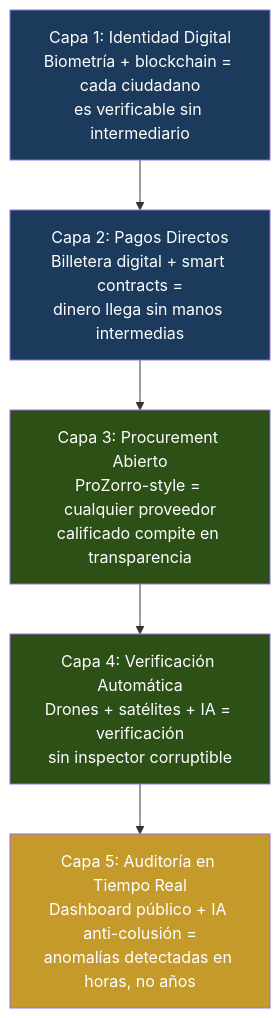
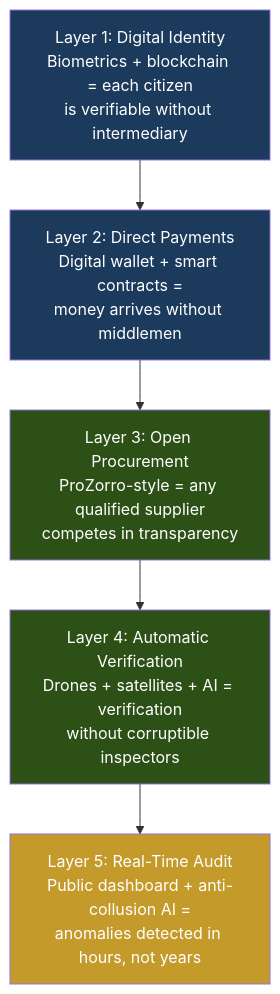
One commit to Venezuela-S-A/venezuela-sa changed the fourth of 4 diagrams in i18n/en/docusaurus-plugin-content-docs/current/04-gobernanza/blindaje-integridad.md. Above: the diagram before and after it, drawn with Mermaid. The commit also changed other lines of this file and 127 other files, not shown here.

````diff
--- a/i18n/en/docusaurus-plugin-content-docs/current/04-gobernanza/blindaje-integridad.md
+++ b/i18n/en/docusaurus-plugin-content-docs/current/04-gobernanza/blindaje-integridad.md
@@ -392,13 +392,13 @@
 ```mermaid
 flowchart TD
-    A["Capa 1: Identidad Digital<br/>Biometría + blockchain = cada ciudadano<br/>es verificable sin intermediario"] --> B["Capa 2: Pagos Directos<br/>Billetera digital + smart contracts =<br/>dinero llega sin manos intermedias"]
-    B --> C["Capa 3: Procurement Abierto<br/>ProZorro-style = cualquier proveedor<br/>calificado compite en transparencia"]
-    C --> D["Capa 4: Verificación Automática<br/>Drones + satélites + IA = verificación<br/>sin inspector corruptible"]
-    D --> E["Capa 5: Auditoría en Tiempo Real<br/>Dashboard público + IA anti-colusión =<br/>anomalías detectadas en horas, no años"]
+    A["Layer 1: Digital Identity<br/>Biometrics + blockchain = each citizen<br/>is verifiable without intermediary"] --> B["Layer 2: Direct Payments<br/>Digital wallet + smart contracts =<br/>money arrives without middlemen"]
+    B --> C["Layer 3: Open Procurement<br/>ProZorro-style = any qualified supplier<br/>competes in transparency"]
+    C --> D["Layer 4: Automatic Verification<br/>Drones + satellites + AI = verification<br/>without corruptible inspectors"]
+    D --> E["Layer 5: Real-Time Audit<br/>Public dashboard + anti-collusion AI =<br/>anomalies detected in hours, not years"]
 
     style A fill:#1B3A5C,color:#fff
     style B fill:#1B3A5C,color:#fff
     style C fill:#2d5016,color:#fff
     style D fill:#2d5016,color:#fff
     style E fill:#C49A2A,color:#fff
 ```
````
